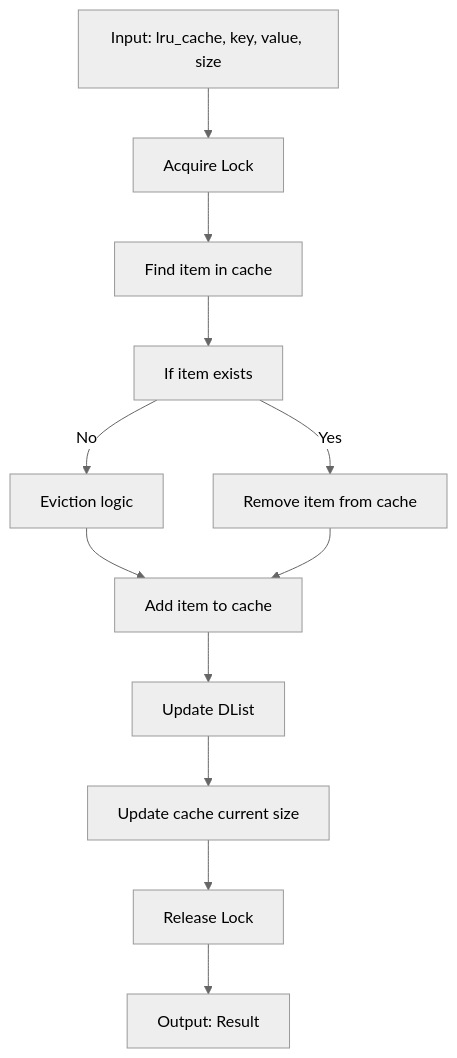
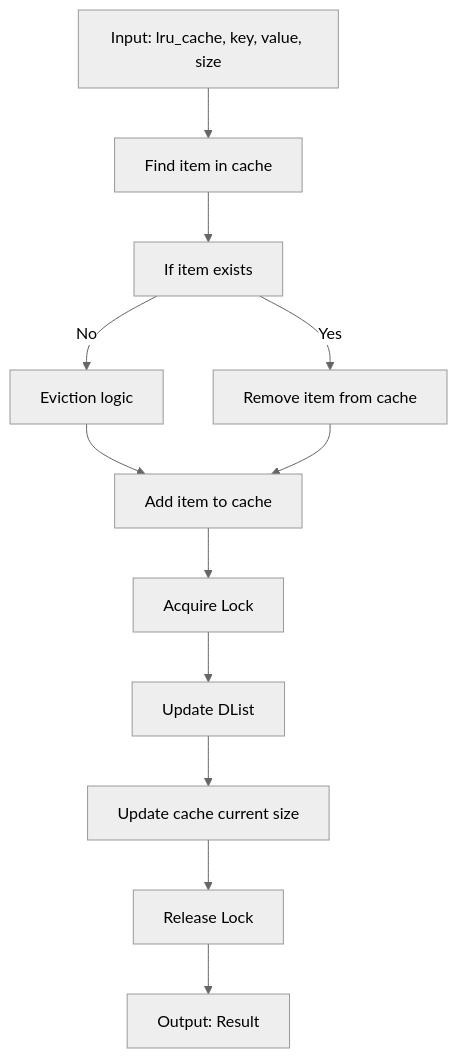
Before and after one commit to Azure/clds: the first of 3 diagrams in devdoc/lru_cache_design.md, drawn with Mermaid (neutral theme). The commit also changed other lines of this file, not shown here.

````diff
--- a/devdoc/lru_cache_design.md
+++ b/devdoc/lru_cache_design.md
@@ -48,26 +48,26 @@
 ```mermaid
 graph TD
     A[Input: lru_cache, key, value, size]
     B[Acquire Lock]
     C[Find item in cache]
     D[If item exists]
     E[Remove item from cache]
     F[Eviction logic]
     G[Add item to cache]
     H[Update DList]
     I[Update cache current size]
     J[Release Lock]
     K[Output: Result]
 
-    A --> B
-    B --> C
+    A --> C
     C --> D
     D -->|Yes| E
     D -->|No| F
     F --> G
     E --> G
-    G --> H
+    G --> B
+    B --> H
     H --> I
     I --> J
     J --> K
 ```
````
